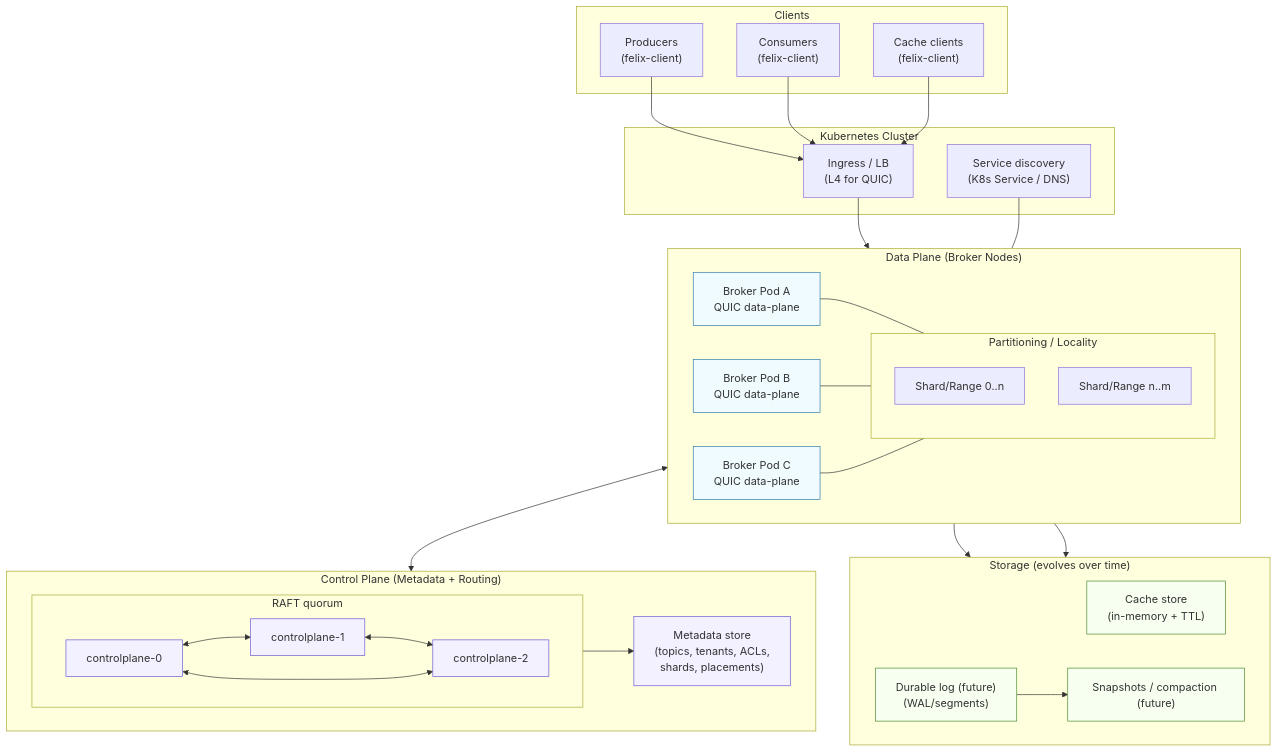
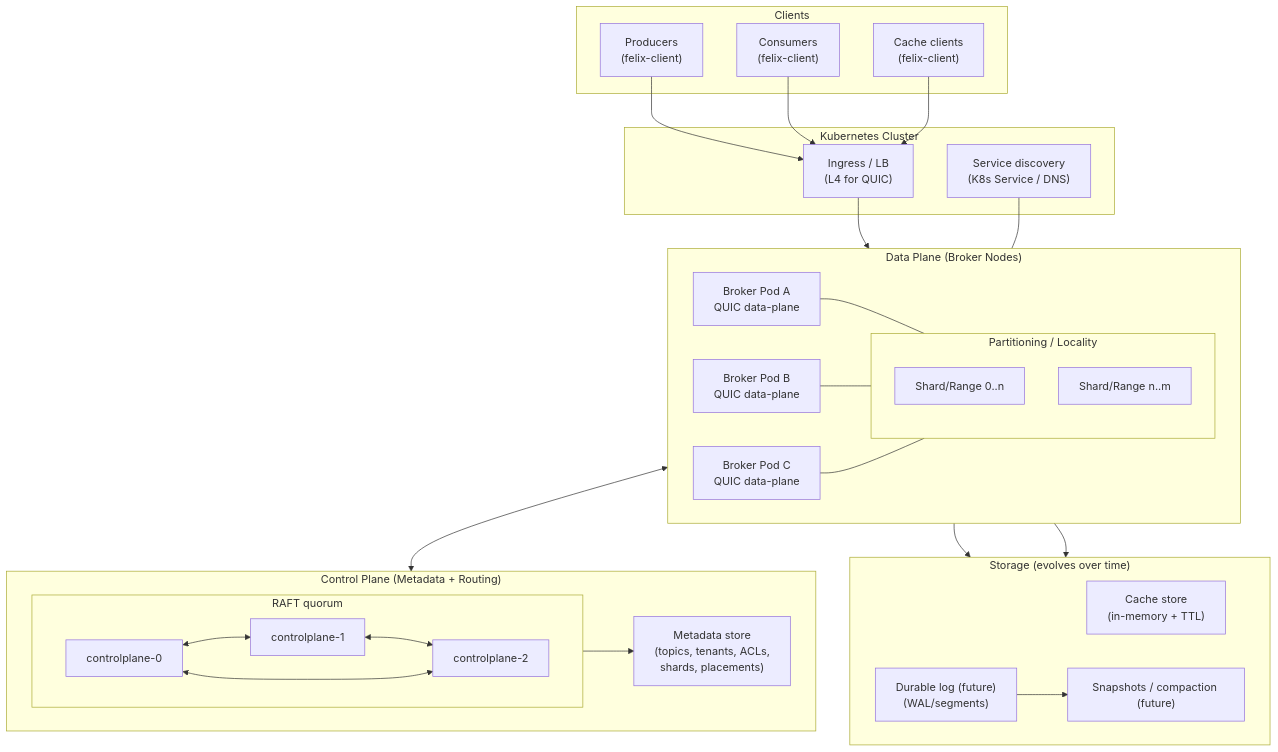
The first of 2 diagrams in docs/architecture.md (gabloe/felix), drawn with Mermaid before and after one commit.

Commit message:
Fix color issues in charts

````diff
--- a/docs/architecture.md
+++ b/docs/architecture.md
@@ -170,80 +170,72 @@
 ```mermaid
 flowchart TB
   %% ---------- Clients ----------
   subgraph Clients["Clients"]
     C1["Producers<br/>(felix-client)"]
     C2["Consumers<br/>(felix-client)"]
     C3["Cache clients<br/>(felix-client)"]
   end
 
   %% ---------- Kubernetes / Edge ----------
   subgraph K8s["Kubernetes Cluster"]
     Ingress["Ingress / LB<br/>(L4 for QUIC)"]
     DNS["Service discovery<br/>(K8s Service / DNS)"]
   end
 
   C1 --> Ingress
   C2 --> Ingress
   C3 --> Ingress
 
   %% ---------- Data Plane ----------
   subgraph DP["Data Plane (Broker Nodes)"]
     direction LR
     B1["Broker Pod A<br/>QUIC data-plane"]
     B2["Broker Pod B<br/>QUIC data-plane"]
     B3["Broker Pod C<br/>QUIC data-plane"]
 
     subgraph Shards["Partitioning / Locality"]
       R1["Shard/Range 0..n"]
       R2["Shard/Range n..m"]
     end
 
     B1 --- Shards
     B2 --- Shards
     B3 --- Shards
   end
 
   Ingress --> DP
   DNS --- DP
 
   %% ---------- Control Plane ----------
   subgraph CP["Control Plane (Metadata + Routing)"]
     direction LR
     CP1["controlplane-0"]
     CP2["controlplane-1"]
     CP3["controlplane-2"]
 
     subgraph Raft["RAFT quorum"]
       direction LR
       CP1 <--> CP2
       CP2 <--> CP3
       CP1 <--> CP3
     end
 
     Meta["Metadata store<br/>(topics, tenants, ACLs,<br/>shards, placements)"]
     Raft --> Meta
   end
 
   %% ---------- Storage ----------
   subgraph Storage["Storage (evolves over time)"]
     direction LR
     CacheStore["Cache store<br/>(in-memory + TTL)"]
     LogStore["Durable log (future)<br/>(WAL/segments)"]
     Snapshots["Snapshots / compaction (future)"]
     LogStore --> Snapshots
   end
 
   %% ---------- Wiring ----------
   DP <--> CP
   DP --> CacheStore
   DP --> LogStore
 
-  %% ---------- Semantics ----------
-  classDef ctrl fill:#f3f0ff,stroke:#6b5bd2,stroke-width:1px;
-  classDef data fill:#f0fbff,stroke:#2f7aa8,stroke-width:1px;
-  classDef store fill:#f7fff0,stroke:#4c8a2b,stroke-width:1px;
-
-  class CP1,CP2,CP3,Meta ctrl;
-  class B1,B2,B3 data;
-  class CacheStore,LogStore,Snapshots store;
 ```
````
